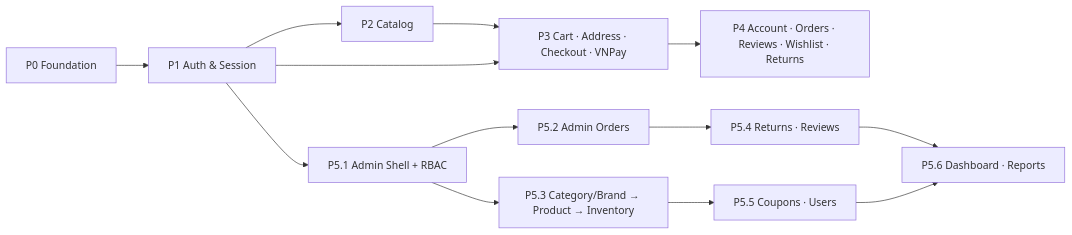
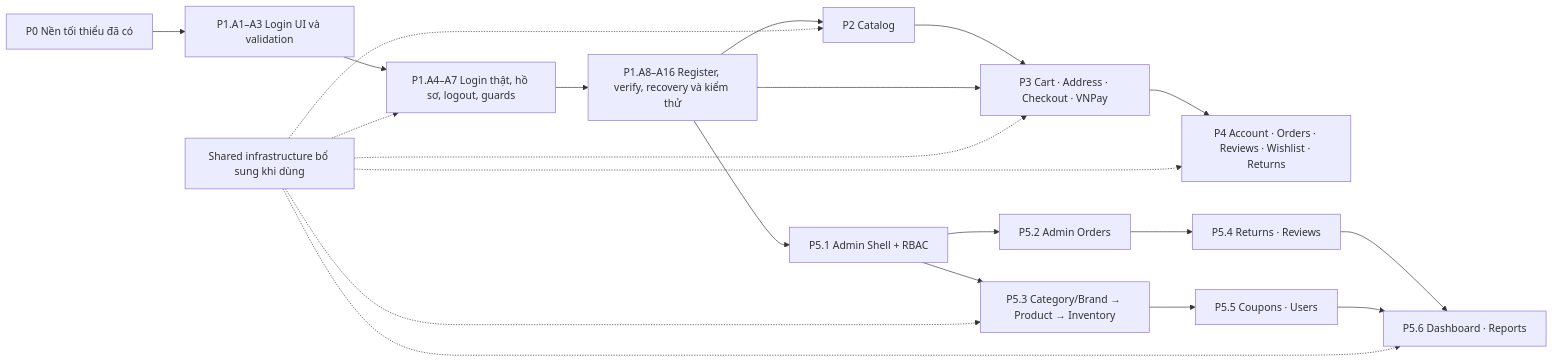
One commit to Peterdir/electronics-store-frontend changed the second of 2 diagrams in frontend_master_plan.md. Above: the diagram before and after it, drawn with Mermaid. The commit also changed other lines of this file and 4 other files, not shown here.

Commit message:
feat(auth): add login page and navigation

````diff
--- a/frontend_master_plan.md
+++ b/frontend_master_plan.md
@@ -491,15 +393,23 @@
 ```mermaid
 graph LR
-  P0["P0 Foundation"] --> P1["P1 Auth & Session"]
-  P1 --> P2["P2 Catalog"]
+  P0["P0 Nền tối thiểu đã có"] --> UI["P1.A1–A3 Login UI và validation"]
+  UI --> LOGIN["P1.A4–A7 Login thật, hồ sơ, logout, guards"]
+  LOGIN --> AUTH["P1.A8–A16 Register, verify, recovery và kiểm thử"]
+  AUTH --> P2["P2 Catalog"]
   P2 --> P3["P3 Cart · Address · Checkout · VNPay"]
-  P1 --> P3
+  AUTH --> P3
   P3 --> P4["P4 Account · Orders · Reviews · Wishlist · Returns"]
-  P1 --> P5a["P5.1 Admin Shell + RBAC"]
+  AUTH --> P5a["P5.1 Admin Shell + RBAC"]
   P5a --> P5b["P5.2 Admin Orders"]
   P5a --> P5c["P5.3 Category/Brand → Product → Inventory"]
   P5b --> P5d["P5.4 Returns · Reviews"]
   P5c --> P5e["P5.5 Coupons · Users"]
   P5d --> P5f["P5.6 Dashboard · Reports"]
   P5e --> P5f
+  INFRA["Shared infrastructure bổ sung khi dùng"] -.-> LOGIN
+  INFRA -.-> P2
+  INFRA -.-> P3
+  INFRA -.-> P4
+  INFRA -.-> P5c
+  INFRA -.-> P5f
 ```
````
